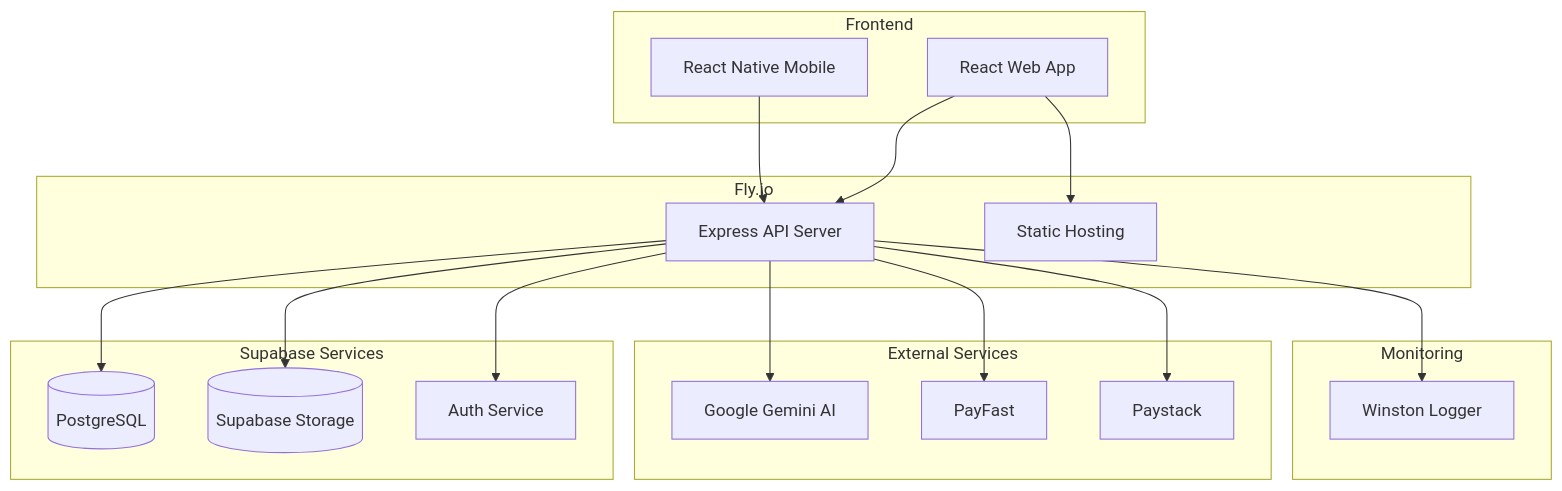
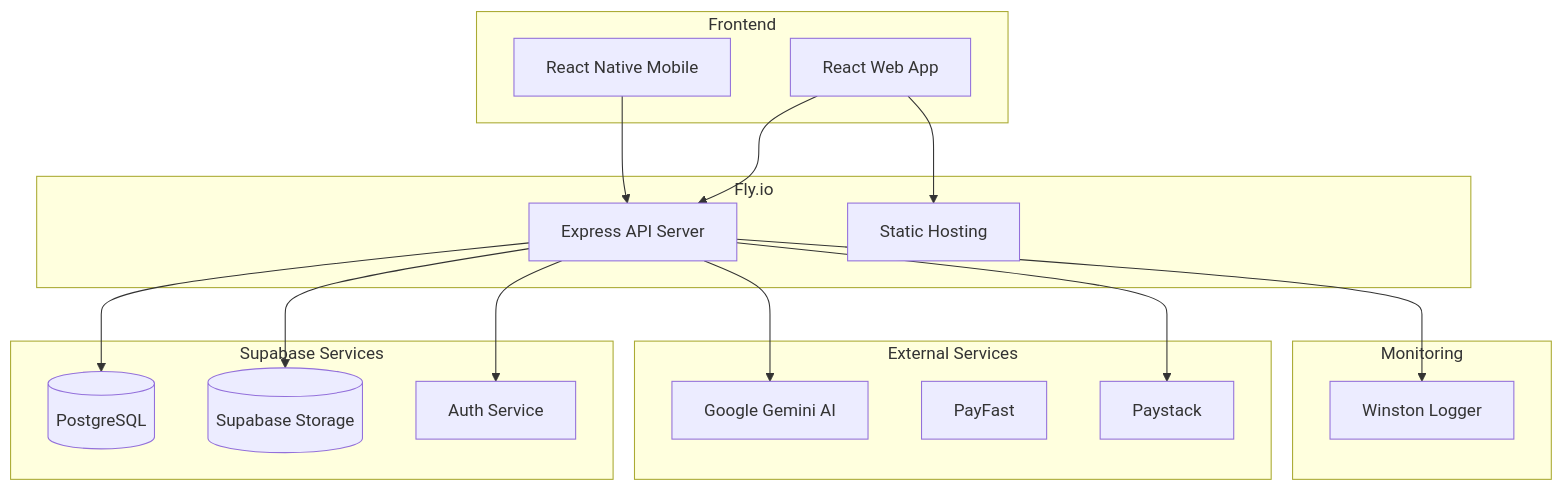
The diagram in docs/architecture.md (AllanDzingo/caps360), drawn with Mermaid before and after one commit. The commit also changed 66 other files, not shown here.

````diff
--- a/docs/architecture.md
+++ b/docs/architecture.md
@@ -7,39 +7,38 @@
 ```mermaid
 graph TB
     subgraph "Frontend"
         WEB[React Web App]
         MOBILE[React Native Mobile]
     end
     
     subgraph "Fly.io"
         API[Express API Server]
         STATIC[Static Hosting]
     end
     
     subgraph "Supabase Services"
         DB[(PostgreSQL)]
         STORAGE[(Supabase Storage)]
         AUTH[Auth Service]
     end
     
     subgraph "External Services"
         GEMINI[Google Gemini AI]
         PAYFAST[PayFast]
         PAYSTACK[Paystack]
     end
     
     subgraph "Monitoring"
         LOGGING[Winston Logger]
     end
     
     WEB --> API
     MOBILE --> API
     WEB --> STATIC
     API --> DB
     API --> STORAGE
     API --> AUTH
     API --> GEMINI
-    API --> PAYFAST
     API --> PAYSTACK
     API --> LOGGING
 ```
````
